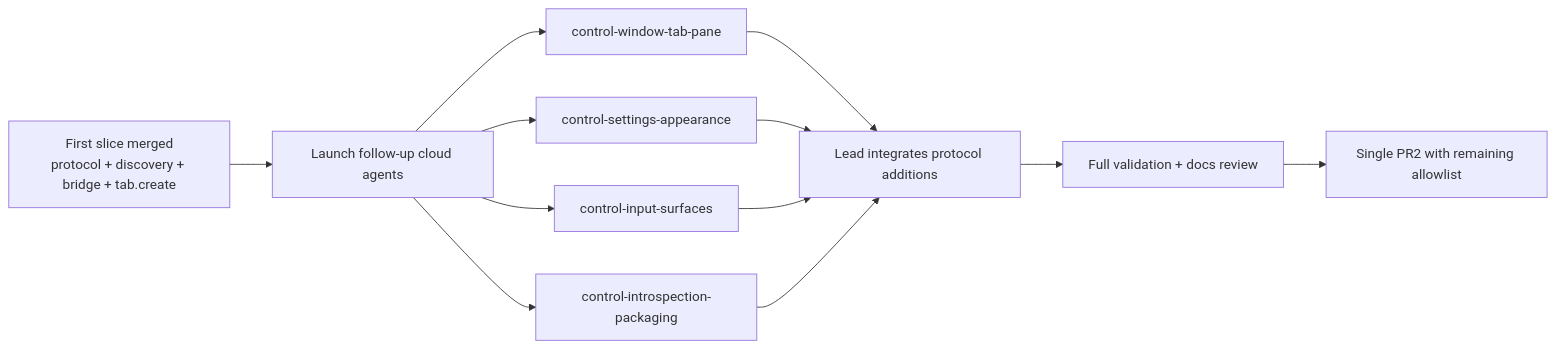
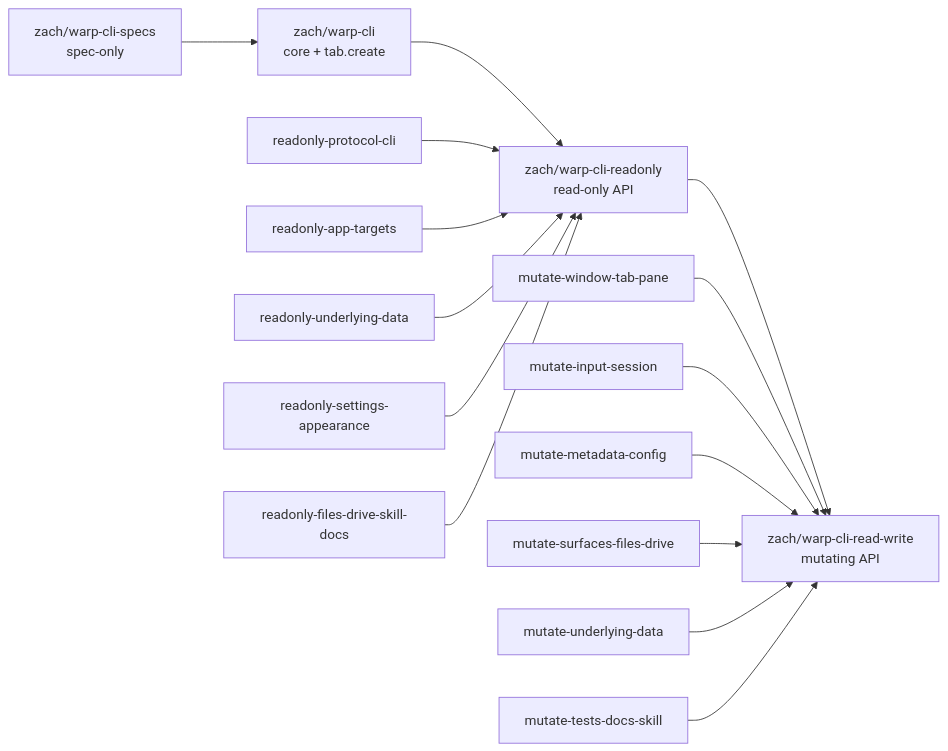
The second of 2 diagrams in specs/warp-control-cli/TECH.md (vampik33/warp), drawn with Mermaid before and after one commit. The commit also changed other lines of this file and 2 other files, not shown here.

Commit message:
Update warpctrl permission taxonomy specs

````diff
--- a/specs/warp-control-cli/TECH.md
+++ b/specs/warp-control-cli/TECH.md
@@ -349,14 +427,17 @@
 ```mermaid
 flowchart LR
-    P1["First slice merged<br/>protocol + discovery + bridge + tab.create"] --> Launch["Launch follow-up cloud agents"]
-    Launch --> A["control-window-tab-pane"]
-    Launch --> B["control-settings-appearance"]
-    Launch --> C["control-input-surfaces"]
-    Launch --> D["control-introspection-packaging"]
-    A --> Merge["Lead integrates protocol additions"]
-    B --> Merge
-    C --> Merge
-    D --> Merge
-    Merge --> Validate["Full validation + docs review"]
-    Validate --> P2["Single PR2 with remaining allowlist"]
+    Specs["zach/warp-cli-specs<br/>spec-only"] --> Core["zach/warp-cli<br/>core + tab.create"]
+    Core --> RO["zach/warp-cli-readonly<br/>read-only API"]
+    RO --> RW["zach/warp-cli-read-write<br/>mutating API"]
+    ROShardA["readonly-protocol-cli"] --> RO
+    ROShardB["readonly-app-targets"] --> RO
+    ROShardC["readonly-underlying-data"] --> RO
+    ROShardD["readonly-settings-appearance"] --> RO
+    ROShardE["readonly-files-drive-skill-docs"] --> RO
+    RWShardA["mutate-window-tab-pane"] --> RW
+    RWShardB["mutate-input-session"] --> RW
+    RWShardC["mutate-metadata-config"] --> RW
+    RWShardD["mutate-surfaces-files-drive"] --> RW
+    RWShardE["mutate-underlying-data"] --> RW
+    RWShardF["mutate-tests-docs-skill"] --> RW
 ```
````
